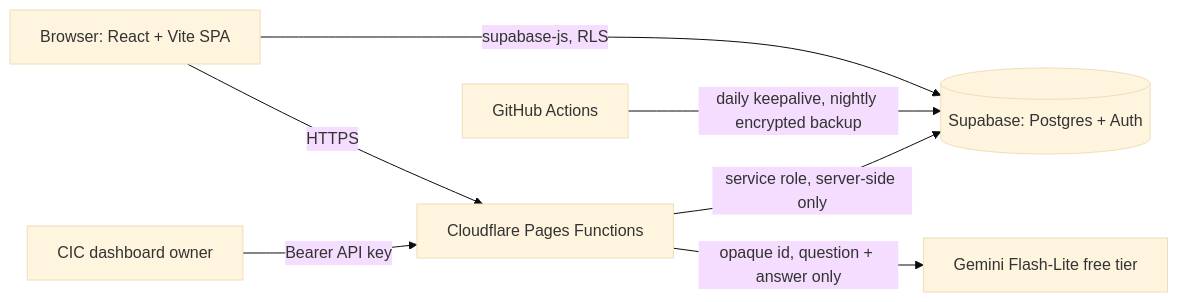
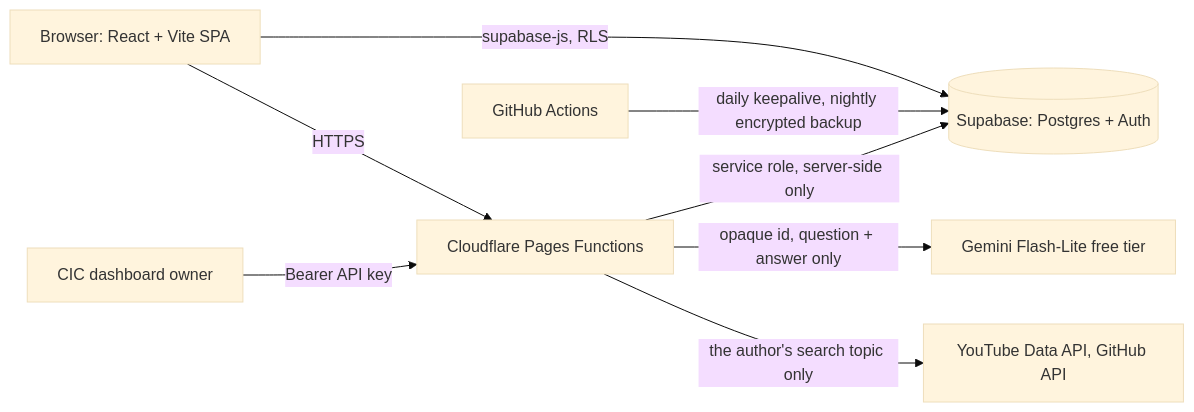
The diagram in docs/architecture.md (2026-Arizona-Opportunity-Hack/DJKKU-CodinginColor), drawn with Mermaid (base theme) before and after one commit. The commit also changed other lines of this file and 7 other files, not shown here.

````diff
--- a/docs/architecture.md
+++ b/docs/architecture.md
@@ -11,9 +11,10 @@
 ```mermaid
 flowchart LR
   B[Browser: React + Vite SPA] -->|supabase-js, RLS| S[(Supabase: Postgres + Auth)]
   B -->|HTTPS| F[Cloudflare Pages Functions]
   F -->|service role, server-side only| S
   F -->|opaque id, question + answer only| G[Gemini Flash-Lite free tier]
+  F -->|the author's search topic only| Y[YouTube Data API, GitHub API]
   C[CIC dashboard owner] -->|Bearer API key| F
   A[GitHub Actions] -->|daily keepalive, nightly encrypted backup| S
 ```
````
